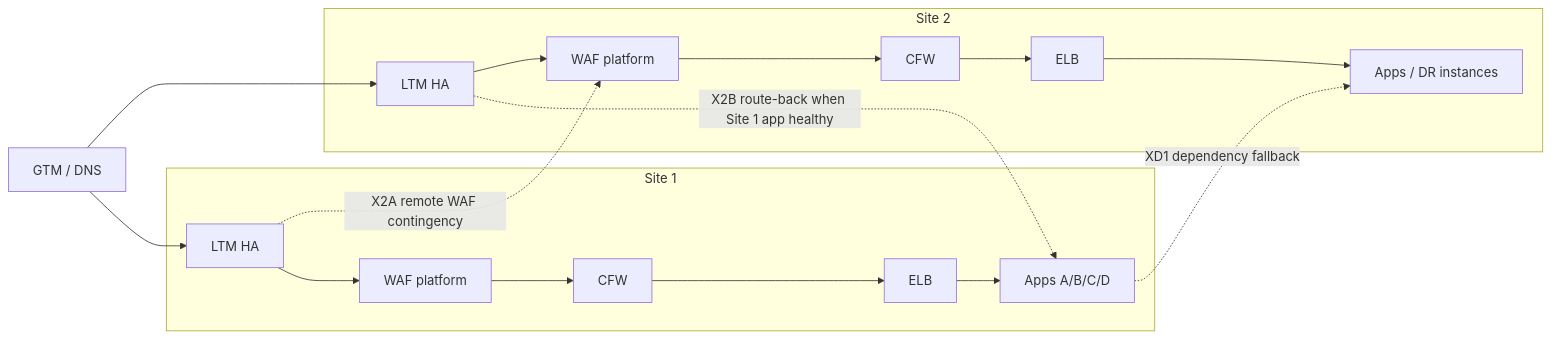
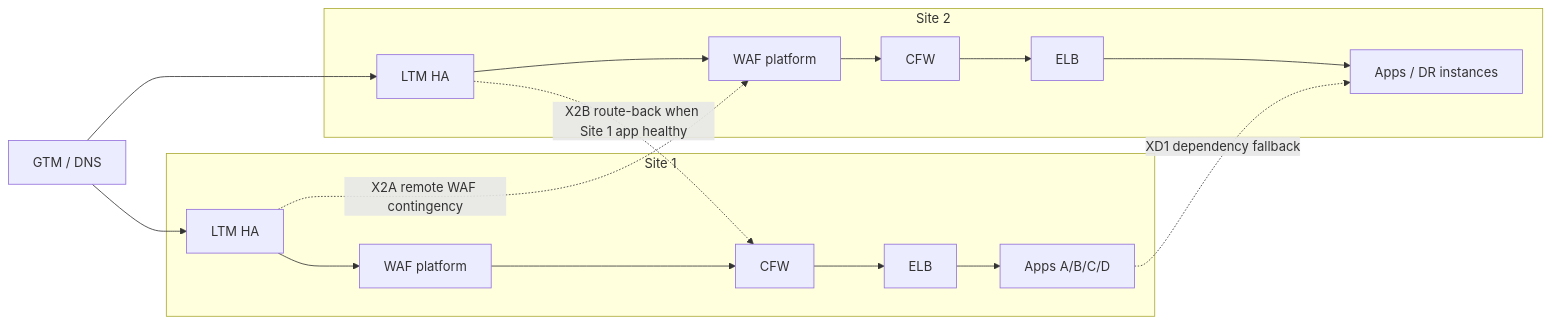
One commit to jfang88/EnterpriseWAF changed the second of 2 diagrams in enterprise-scenarios/high_level_architecture.md. Above: the diagram before and after it, drawn with Mermaid. The commit also changed other lines of this file, not shown here.

Commit message:
Align high-level architecture with canonical shorthand

```diff
--- a/enterprise-scenarios/high_level_architecture.md
+++ b/enterprise-scenarios/high_level_architecture.md
@@ -288,28 +288,28 @@
 ~~~mermaid
 flowchart LR
 
-  subgraph S1[Site 1]
-    L1[LTM HA]
-    W1[WAF platform]
-    F1[CFW]
-    E1[ELB]
-    A1[Apps A/B/C/D]
-    L1 --> W1 --> F1 --> E1 --> A1
+  subgraph SITE1[Site 1]
+    LTM1[LTM HA]
+    WAFA[WAF platform]
+    CFW1[CFW]
+    ELB1[ELB]
+    APPS1[Apps A/B/C/D]
+    LTM1 --> WAFA --> CFW1 --> ELB1 --> APPS1
   end
 
-  subgraph S2[Site 2]
-    L2[LTM HA]
-    W2[WAF platform]
-    F2[CFW]
-    E2[ELB]
-    A2[Apps / DR instances]
-    L2 --> W2 --> F2 --> E2 --> A2
+  subgraph SITE2[Site 2]
+    LTM2[LTM HA]
+    WAFB[WAF platform]
+    CFW2[CFW]
+    ELB2[ELB]
+    APPS2[Apps / DR instances]
+    LTM2 --> WAFB --> CFW2 --> ELB2 --> APPS2
   end
 
-  GTM2[GTM / DNS] --> L1
-  GTM2 --> L2
+  GTM2[GTM / DNS] --> LTM1
+  GTM2 --> LTM2
 
-  L1 -. X2A remote WAF contingency .-> W2
-  L2 -. X2B route-back when Site 1 app healthy .-> A1
-  A1 -. XD1 dependency fallback .-> A2
+  LTM1 -. X2A remote WAF contingency .-> WAFB
+  LTM2 -. X2B route-back when Site 1 app healthy .-> CFW1
+  APPS1 -. XD1 dependency fallback .-> APPS2
 ~~~
```
